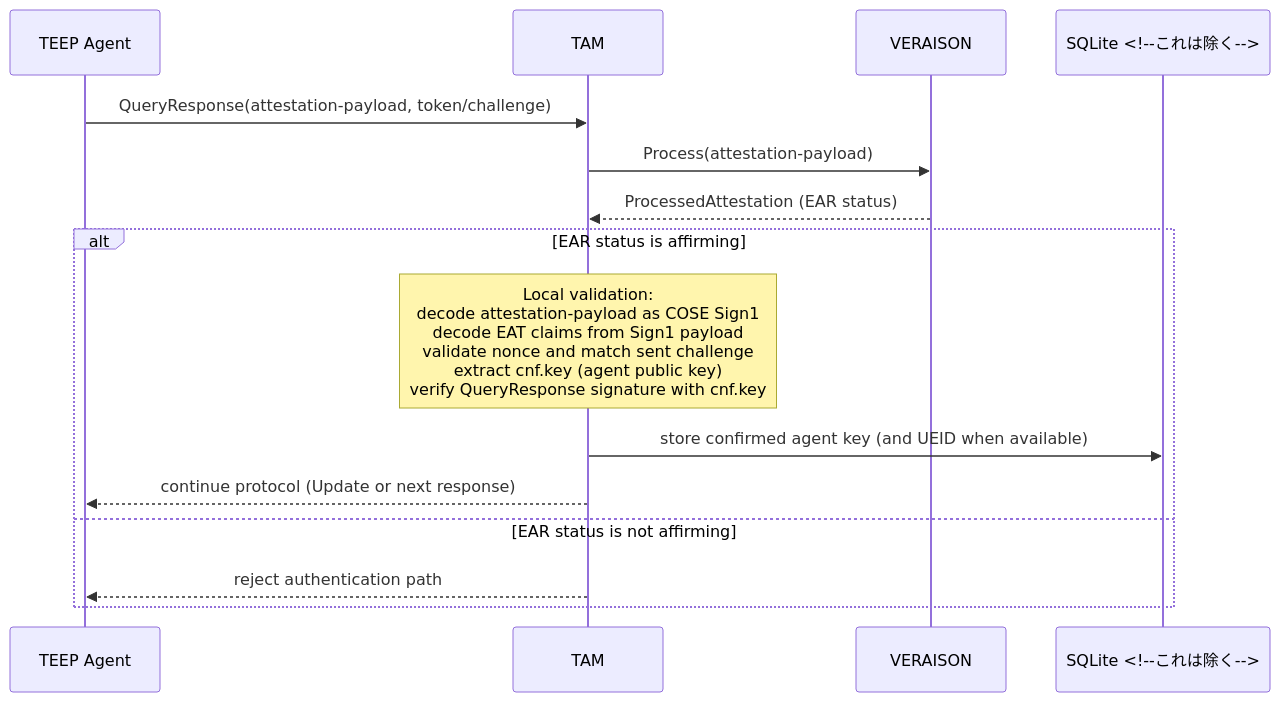
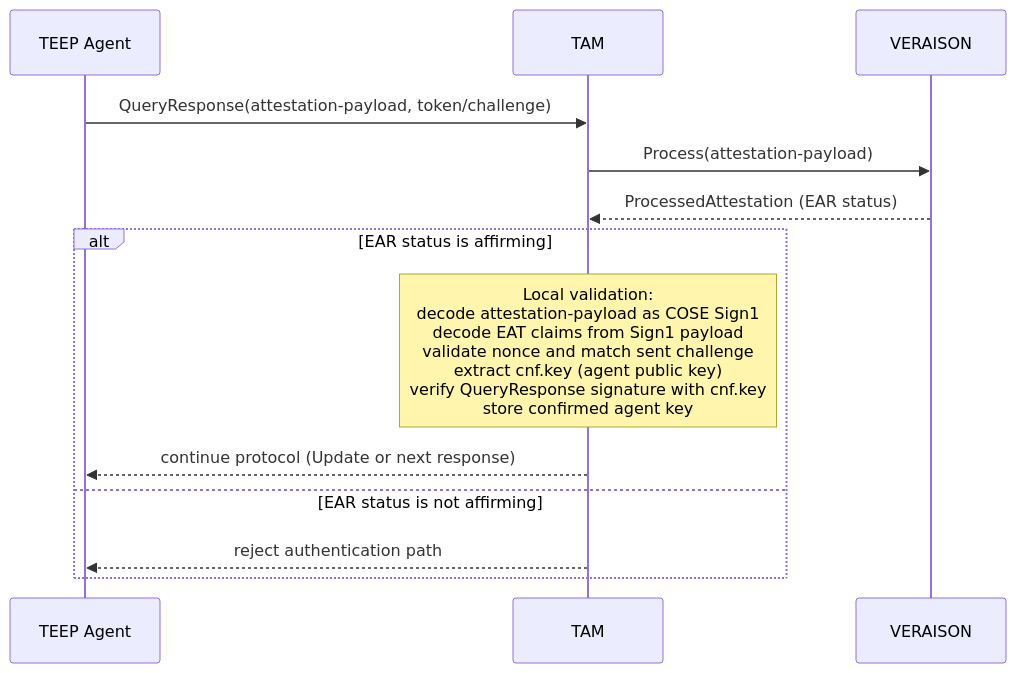
The eighth of 10 diagrams in doc/TEEP_MESSAGE_HANDLE.md (kentakayama/AttesTAM), drawn with Mermaid before and after one commit. The commit also changed other lines of this file and 5 other files, not shown here.

````diff
--- a/doc/TEEP_MESSAGE_HANDLE.md
+++ b/doc/TEEP_MESSAGE_HANDLE.md
@@ -101,18 +132,16 @@
 ```mermaid
 sequenceDiagram
     participant Agent as TEEP Agent
     participant TAM as TAM
     participant V as VERAISON
-    participant DB as SQLite <!--これは除く-->
 
     Agent->>TAM: QueryResponse(attestation-payload, token/challenge)
     TAM->>V: Process(attestation-payload)
     V-->>TAM: ProcessedAttestation (EAR status)
     alt EAR status is affirming
-        note over TAM: Local validation:<br/>decode attestation-payload as COSE Sign1<br/>decode EAT claims from Sign1 payload<br/>validate nonce and match sent challenge<br/>extract cnf.key (agent public key)<br/>verify QueryResponse signature with cnf.key
-        TAM->>DB: store confirmed agent key (and UEID when available)
+        note over TAM: Local validation:<br/>decode attestation-payload as COSE Sign1<br/>decode EAT claims from Sign1 payload<br/>validate nonce and match sent challenge<br/>extract cnf.key (agent public key)<br/>verify QueryResponse signature with cnf.key<br/>store confirmed agent key
         TAM-->>Agent: continue protocol (Update or next response)
     else EAR status is not affirming
         TAM-->>Agent: reject authentication path
     end
 ```
````
